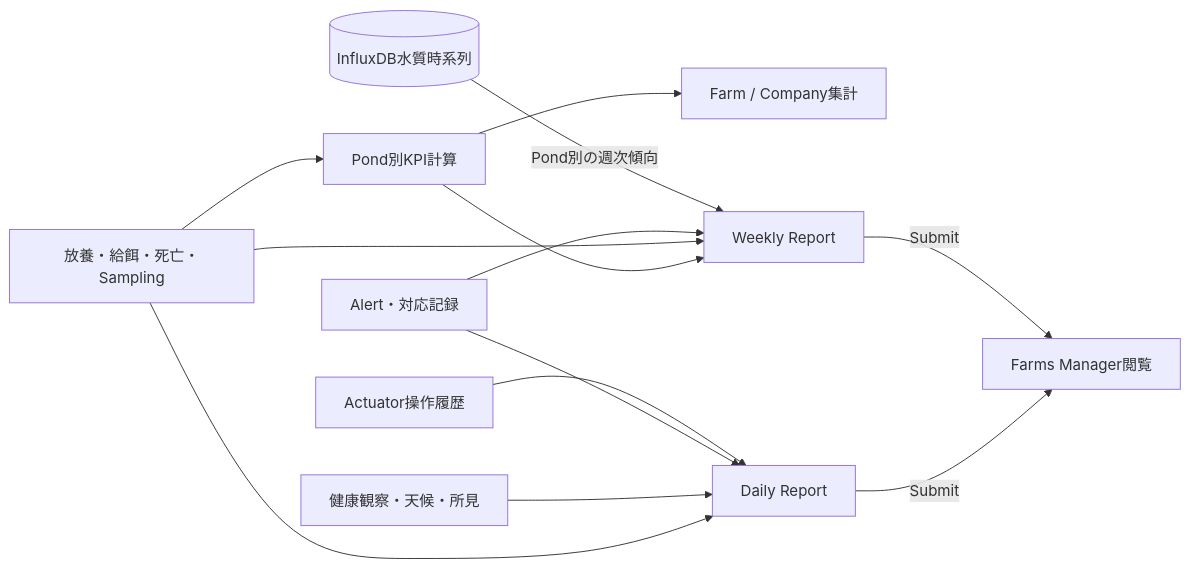
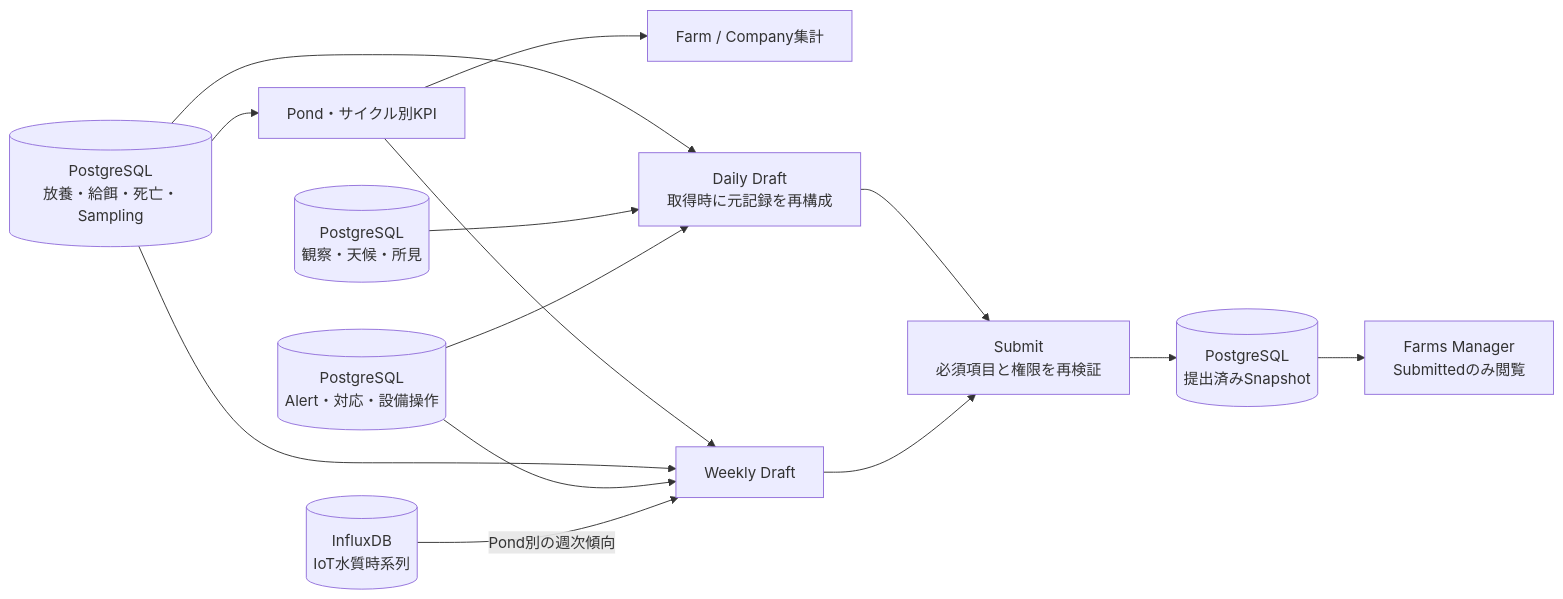
The fourth of 6 diagrams in docs/backend_architecture_diagrams.md (kanetaku1/Aqua-Guard), drawn with Mermaid before and after one commit. The commit also changed other lines of this file and 3 other files, not shown here.

Commit message:
backend_architecture(ver2)

````diff
--- a/docs/backend_architecture_diagrams.md
+++ b/docs/backend_architecture_diagrams.md
@@ -116,15 +115,16 @@
 ```mermaid
 flowchart LR
-  REC["放養・給餌・死亡・Sampling"] --> KPI["Pond別KPI計算"]
+  REC[("PostgreSQL<br/>放養・給餌・死亡・Sampling")] --> KPI["Pond・サイクル別KPI"]
   KPI --> AGG["Farm / Company集計"]
-  REC --> DAILY["Daily Report"]
-  OBS["健康観察・天候・所見"] --> DAILY
-  ALERT["Alert・対応記録"] --> DAILY
-  ACT["Actuator操作履歴"] --> DAILY
-  KPI --> WEEKLY["Weekly Report"]
-  REC --> WEEKLY
-  ALERT --> WEEKLY
-  TS[("InfluxDB水質時系列")] -->|"Pond別の週次傾向"| WEEKLY
-  DAILY -->|"Submit"| VIEW["Farms Manager閲覧"]
-  WEEKLY -->|"Submit"| VIEW
+  REC --> DD["Daily Draft<br/>取得時に元記録を再構成"]
+  OBS[("PostgreSQL<br/>観察・天候・所見")] --> DD
+  ALERT[("PostgreSQL<br/>Alert・対応・設備操作")] --> DD
+  KPI --> WD["Weekly Draft"]
+  REC --> WD
+  ALERT --> WD
+  IFX[("InfluxDB<br/>IoT水質時系列")] -->|"Pond別の週次傾向"| WD
+  DD --> SUBMIT["Submit<br/>必須項目と権限を再検証"]
+  WD --> SUBMIT
+  SUBMIT --> SNAP[("PostgreSQL<br/>提出済みSnapshot")]
+  SNAP --> FM["Farms Manager<br/>Submittedのみ閲覧"]
 ```
````
